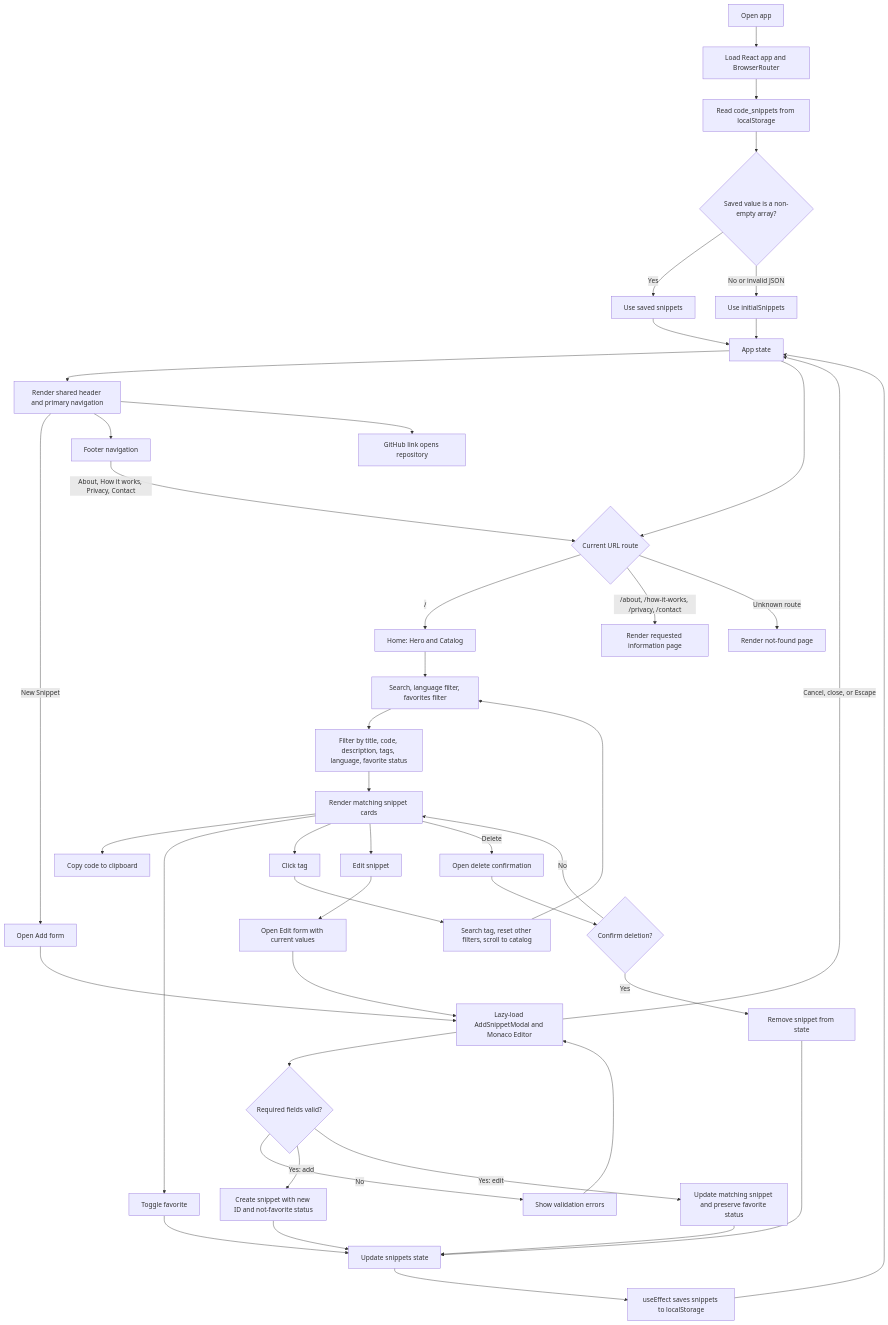
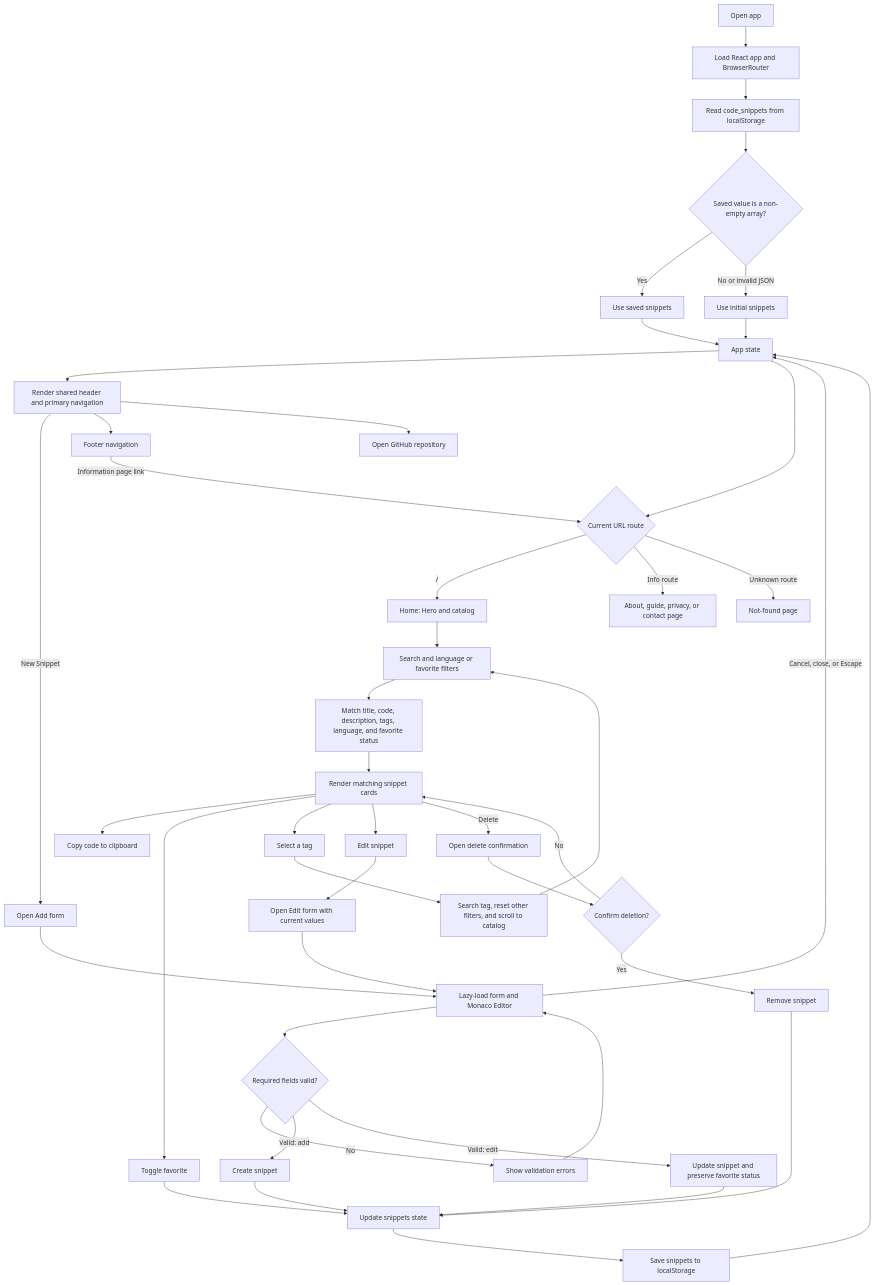
The diagram in README.md (gvxhrgi/codesnippet-hub), drawn with Mermaid before and after one commit. The commit also changed other lines of this file, not shown here.

````diff
--- a/README.md
+++ b/README.md
@@ -72,47 +60,47 @@
 ```mermaid
 flowchart TD
   A[Open app] --> B[Load React app and BrowserRouter]
   B --> C[Read code_snippets from localStorage]
   C --> D{Saved value is a non-empty array?}
   D -->|Yes| E[Use saved snippets]
-  D -->|No or invalid JSON| F[Use initialSnippets]
+  D -->|No or invalid JSON| F[Use initial snippets]
   E --> G[App state]
   F --> G
   G --> H[Render shared header and primary navigation]
   G --> I{Current URL route}
-  I -->|/| J[Home: Hero and Catalog]
-  I -->|/about, /how-it-works, /privacy, /contact| K[Render requested information page]
-  I -->|Unknown route| L[Render not-found page]
-  J --> M[Search, language filter, favorites filter]
-  M --> N[Filter by title, code, description, tags, language, favorite status]
+  I -->|/| J[Home: Hero and catalog]
+  I -->|Info route| K[About, guide, privacy, or contact page]
+  I -->|Unknown route| L[Not-found page]
+  J --> M[Search and language or favorite filters]
+  M --> N[Match title, code, description, tags, language, and favorite status]
   N --> O[Render matching snippet cards]
   O --> P[Copy code to clipboard]
   O --> Q[Toggle favorite]
-  O --> R[Click tag]
-  R --> S[Search tag, reset other filters, scroll to catalog]
+  O --> R[Select a tag]
+  R --> S[Search tag, reset other filters, and scroll to catalog]
   S --> M
   O --> T[Edit snippet]
   H -->|New Snippet| U[Open Add form]
   T --> V[Open Edit form with current values]
-  U --> W[Lazy-load AddSnippetModal and Monaco Editor]
+  U --> W[Lazy-load form and Monaco Editor]
   V --> W
   W -->|Cancel, close, or Escape| G
   W --> X{Required fields valid?}
   X -->|No| Y[Show validation errors]
   Y --> W
-  X -->|Yes: add| Z[Create snippet with new ID and not-favorite status]
-  X -->|Yes: edit| AA[Update matching snippet and preserve favorite status]
+  X -->|Valid: add| Z[Create snippet]
+  X -->|Valid: edit| AA[Update snippet and preserve favorite status]
   Z --> AB[Update snippets state]
   AA --> AB
   O -->|Delete| AC[Open delete confirmation]
   AC --> AD{Confirm deletion?}
-  AD -->|Yes| AE[Remove snippet from state]
+  AD -->|Yes| AE[Remove snippet]
   AD -->|No| O
   Q --> AB
   AE --> AB
-  AB --> AF[useEffect saves snippets to localStorage]
+  AB --> AF[Save snippets to localStorage]
   AF --> G
   H --> AG[Footer navigation]
-  AG -->|About, How it works, Privacy, Contact| I
-  H --> AH[GitHub link opens repository]
+  AG -->|Information page link| I
+  H --> AH[Open GitHub repository]
 ```
````
